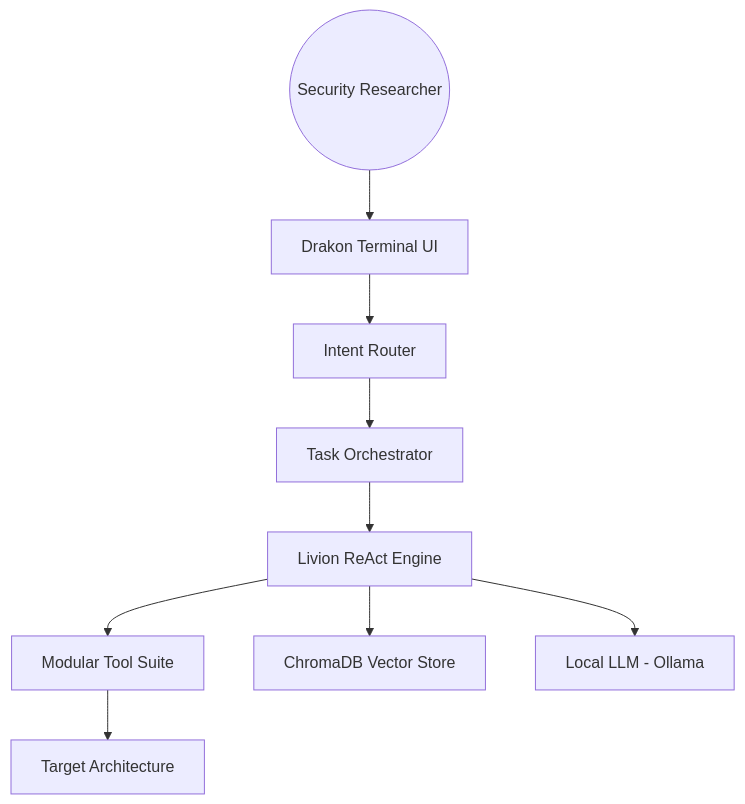
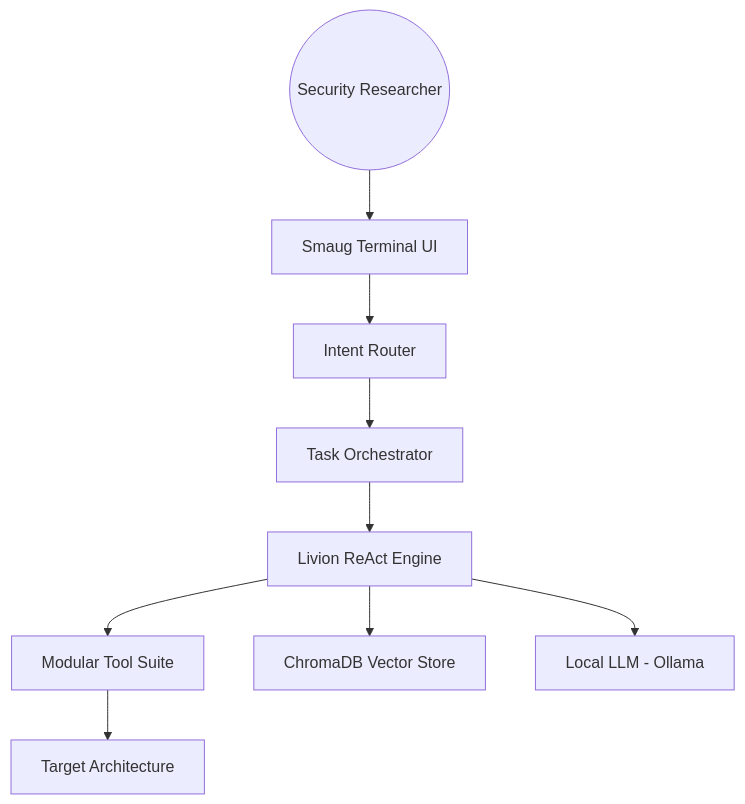
Before and after one commit to malrobust/SMAUG: the diagram in README.md, drawn with Mermaid. The commit also changed other lines of this file and 4 other files, not shown here.

````diff
--- a/README.md
+++ b/README.md
@@ -61,11 +61,11 @@
 ```mermaid
 graph TD
-    User((Security Researcher)) --> CLI[Drakon Terminal UI]
+    User((Security Researcher)) --> CLI[Smaug Terminal UI]
     CLI --> Router[Intent Router]
     Router --> Planner[Task Orchestrator]
     Planner --> Livion[Livion ReAct Engine]
     Livion --> Tools[Modular Tool Suite]
     Tools --> Target[Target Architecture]
     Livion --> Memory[ChromaDB Vector Store]
     Livion --> LLM[Local LLM - Ollama]
 ```
````
